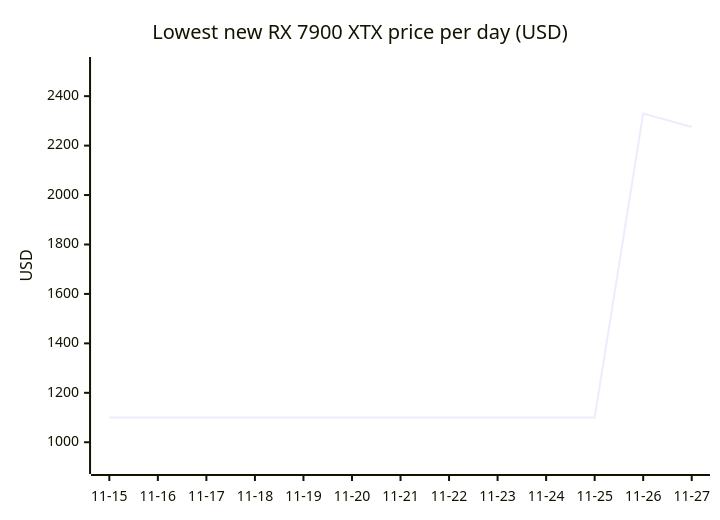
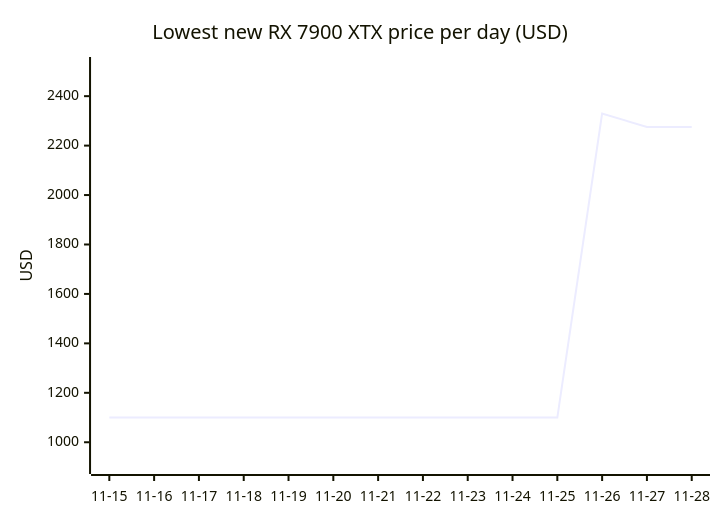
One commit to 7324136828/4tb_ssd_price_watch changed diagram 13 of 18 in README.md. Above: the diagram before and after it, drawn with Mermaid. The commit also changed other lines of this file, not shown here.

````diff
--- a/README.md
+++ b/README.md
@@ -1350,7 +1387,7 @@
 ```mermaid
 xychart-beta
     title "Lowest new RX 7900 XTX price per day (USD)"
-    x-axis ["11-15", "11-16", "11-17", "11-18", "11-19", "11-20", "11-21", "11-22", "11-23", "11-24", "11-25", "11-26", "11-27"]
+    x-axis ["11-15", "11-16", "11-17", "11-18", "11-19", "11-20", "11-21", "11-22", "11-23", "11-24", "11-25", "11-26", "11-27", "11-28"]
     y-axis "USD" 910 --> 2520
-    line [1099.99, 1099.99, 1099.99, 1099.99, 1099.99, 1099.99, 1099.99, 1099.99, 1099.99, 1099.99, 1099.99, 2330.00, 2275.00]
+    line [1099.99, 1099.99, 1099.99, 1099.99, 1099.99, 1099.99, 1099.99, 1099.99, 1099.99, 1099.99, 1099.99, 2330.00, 2275.00, 2275.00]
 ```
````
